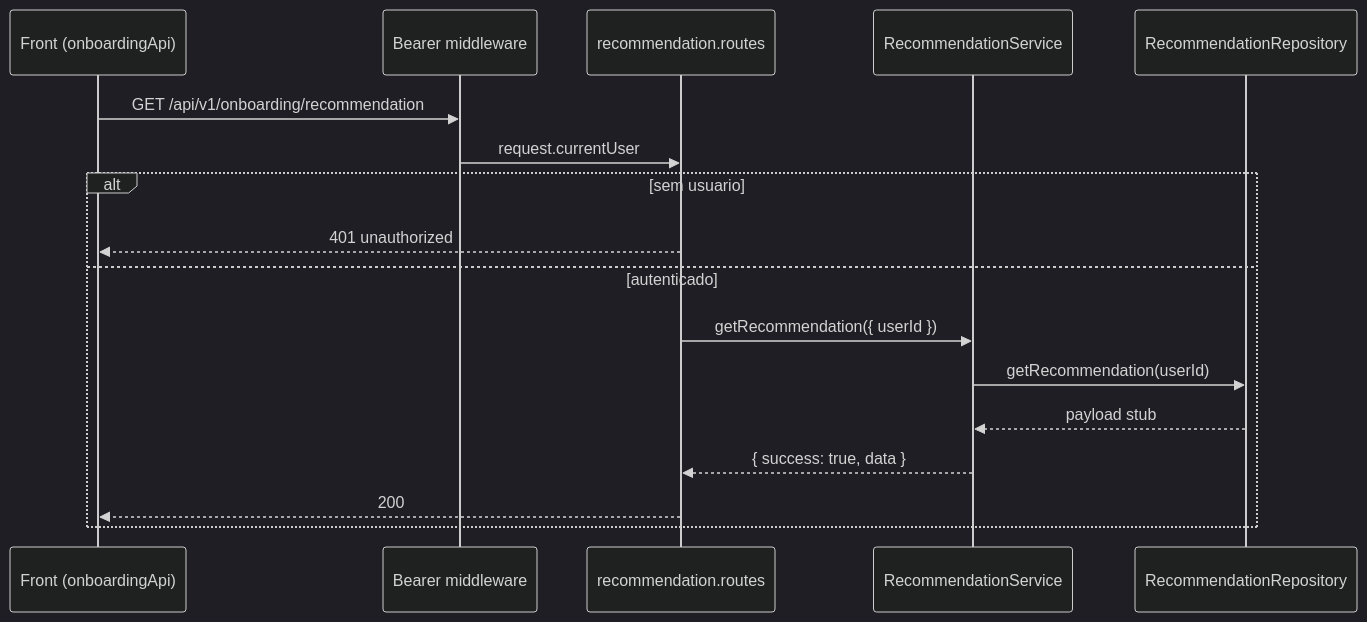
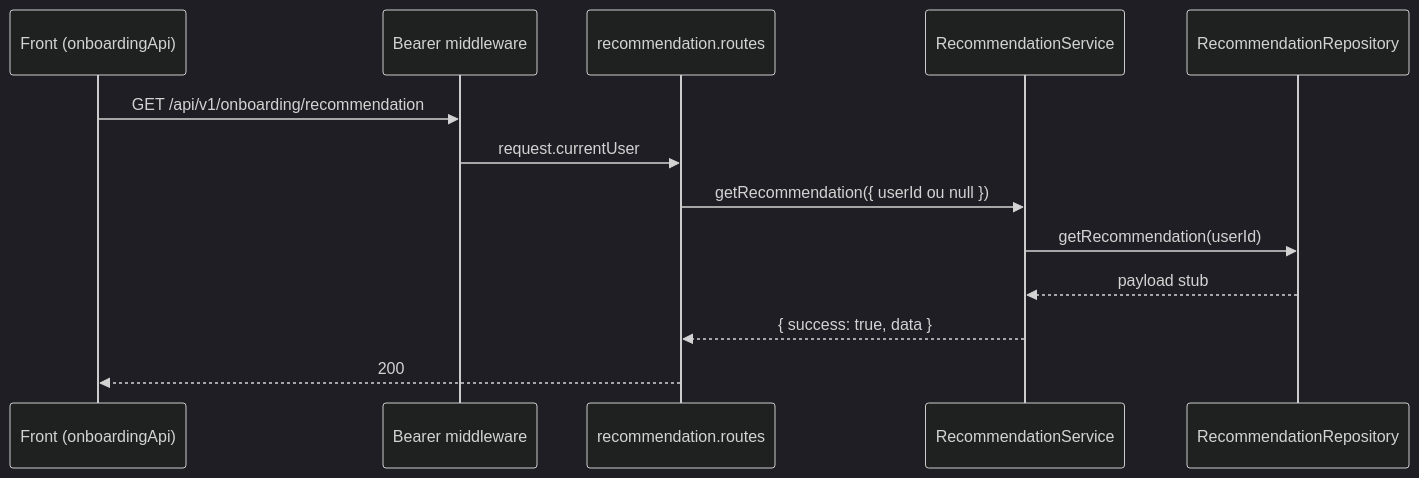
One commit to charles-mendes/eden-bowls-backend changed the diagram in new-docs/Plan/ROTA_ONBOARDING_RECOMMENDATION.md. Above: the diagram before and after it, drawn with Mermaid (dark theme). The commit also changed other lines of this file and 18 other files, not shown here.

````diff
--- a/new-docs/Plan/ROTA_ONBOARDING_RECOMMENDATION.md
+++ b/new-docs/Plan/ROTA_ONBOARDING_RECOMMENDATION.md
@@ -77,20 +78,16 @@
 ```mermaid
 sequenceDiagram
   participant FE as Front (onboardingApi)
   participant MW as Bearer middleware
   participant RT as recommendation.routes
   participant SV as RecommendationService
   participant RP as RecommendationRepository
 
   FE->>MW: GET /api/v1/onboarding/recommendation
   MW->>RT: request.currentUser
-  alt sem usuario
-    RT-->>FE: 401 unauthorized
-  else autenticado
-    RT->>SV: getRecommendation({ userId })
-    SV->>RP: getRecommendation(userId)
-    RP-->>SV: payload stub
-    SV-->>RT: { success: true, data }
-    RT-->>FE: 200
-  end
+  RT->>SV: getRecommendation({ userId ou null })
+  SV->>RP: getRecommendation(userId)
+  RP-->>SV: payload stub
+  SV-->>RT: { success: true, data }
+  RT-->>FE: 200
 ```
````
